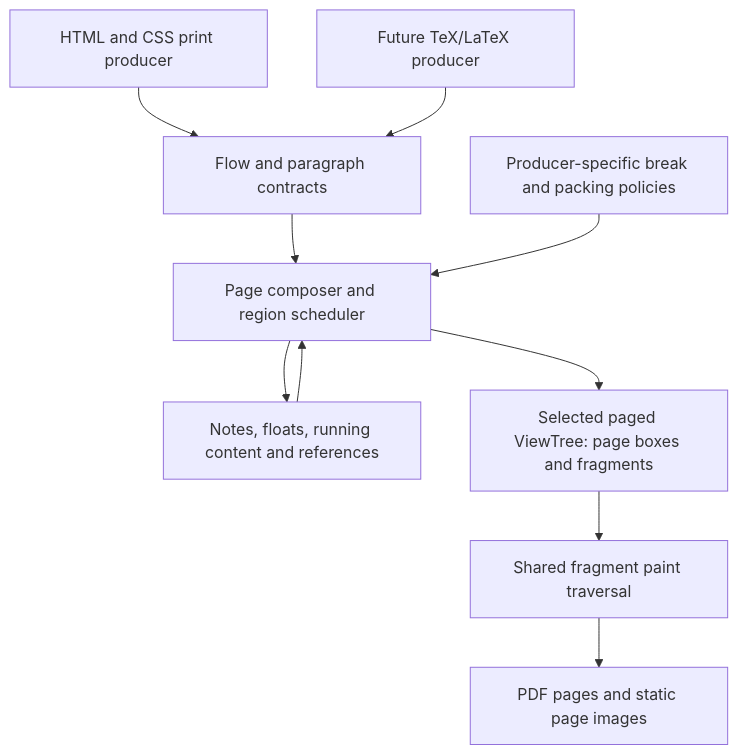
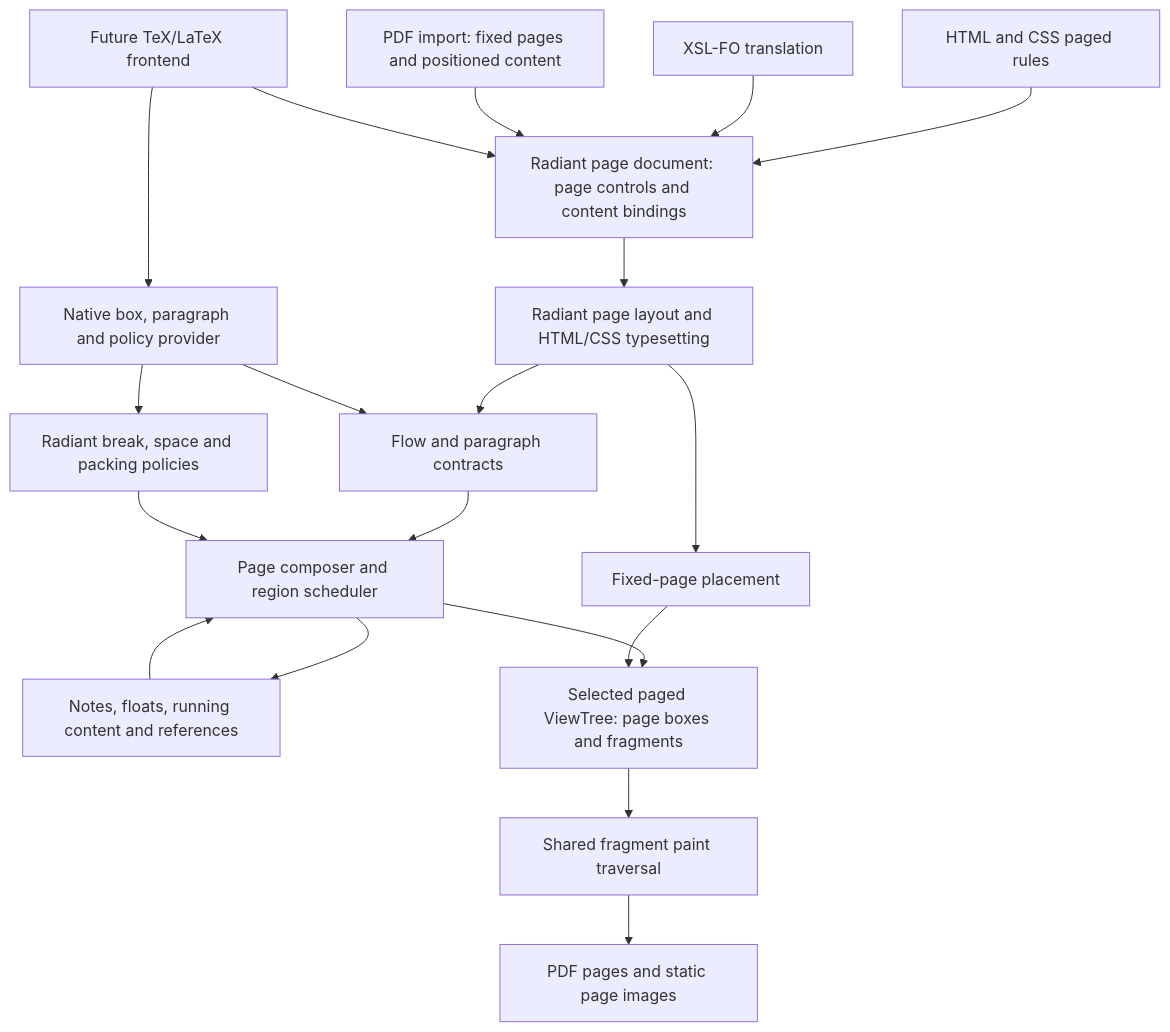
One commit to henry-luo/lambda changed the diagram in vibe/radiant/Radiant_Layout_Paged_Media.md. Above: the diagram before and after it, drawn with Mermaid. The commit also changed other lines of this file and 106 other files, not shown here.

First line of the commit message:
Implement unified Radiant page documents and XSL-FO lowering

````diff
--- a/vibe/radiant/Radiant_Layout_Paged_Media.md
+++ b/vibe/radiant/Radiant_Layout_Paged_Media.md
@@ -109,12 +113,21 @@
 ```mermaid
 flowchart TD
-    A[HTML and CSS print producer] --> C[Flow and paragraph contracts]
-    B[Future TeX/LaTeX producer] --> C
+    A[HTML and CSS paged rules] --> R[Radiant page document: page controls and content bindings]
+    X[XSL-FO translation] --> R
+    I[PDF import: fixed pages and positioned content] --> R
+    R --> L[Radiant page layout and HTML/CSS typesetting]
+    L --> C[Flow and paragraph contracts]
     C --> D[Page composer and region scheduler]
-    P[Producer-specific break and packing policies] --> D
+    L --> K[Fixed-page placement]
+    B[Future TeX/LaTeX frontend] --> R
+    B --> T[Native box, paragraph and policy provider]
+    T --> C
+    T --> P
+    P[Radiant break, space and packing policies] --> D
     D --> E[Notes, floats, running content and references]
     E --> D
     D --> F[Selected paged ViewTree: page boxes and fragments]
+    K --> F
     F --> G[Shared fragment paint traversal]
     G --> H[PDF pages and static page images]
 ```
````
